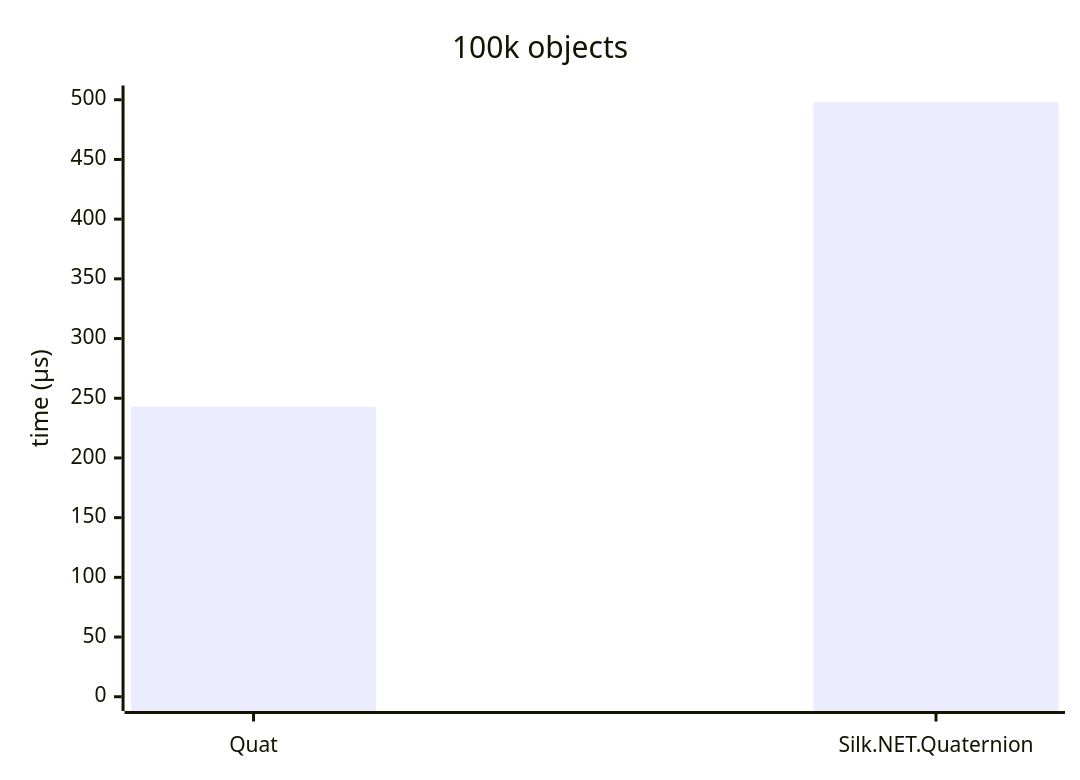
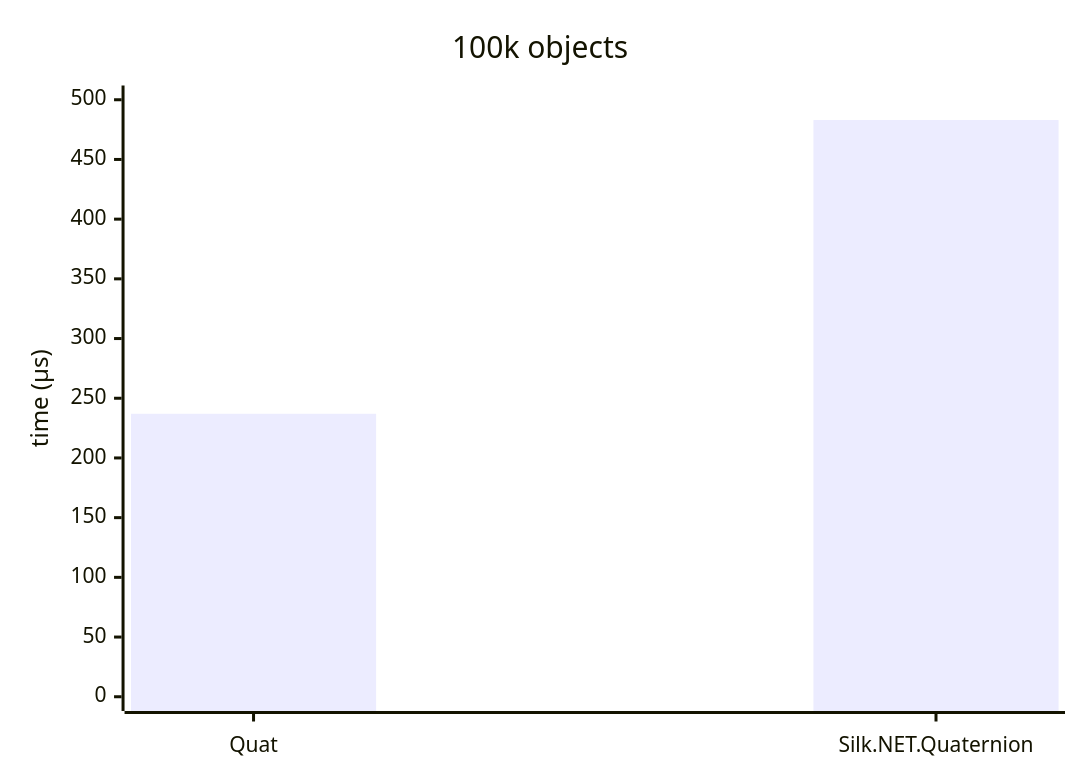
The second of 6 diagrams in reports/quat-f64.md (malstraem/generic-simd-numerics), drawn with Mermaid before and after one commit. The commit also changed other lines of this file and 178 other files, not shown here.

````diff
--- a/reports/quat-f64.md
+++ b/reports/quat-f64.md
@@ -158,7 +163,7 @@
 ```mermaid
 xychart
     title "100k objects"
     x-axis [Quat, Silk.NET.Quaternion]
     y-axis "time (μs)" 0 --> 500
-    bar [243, 498]
+    bar [237, 483]
 ```
````
